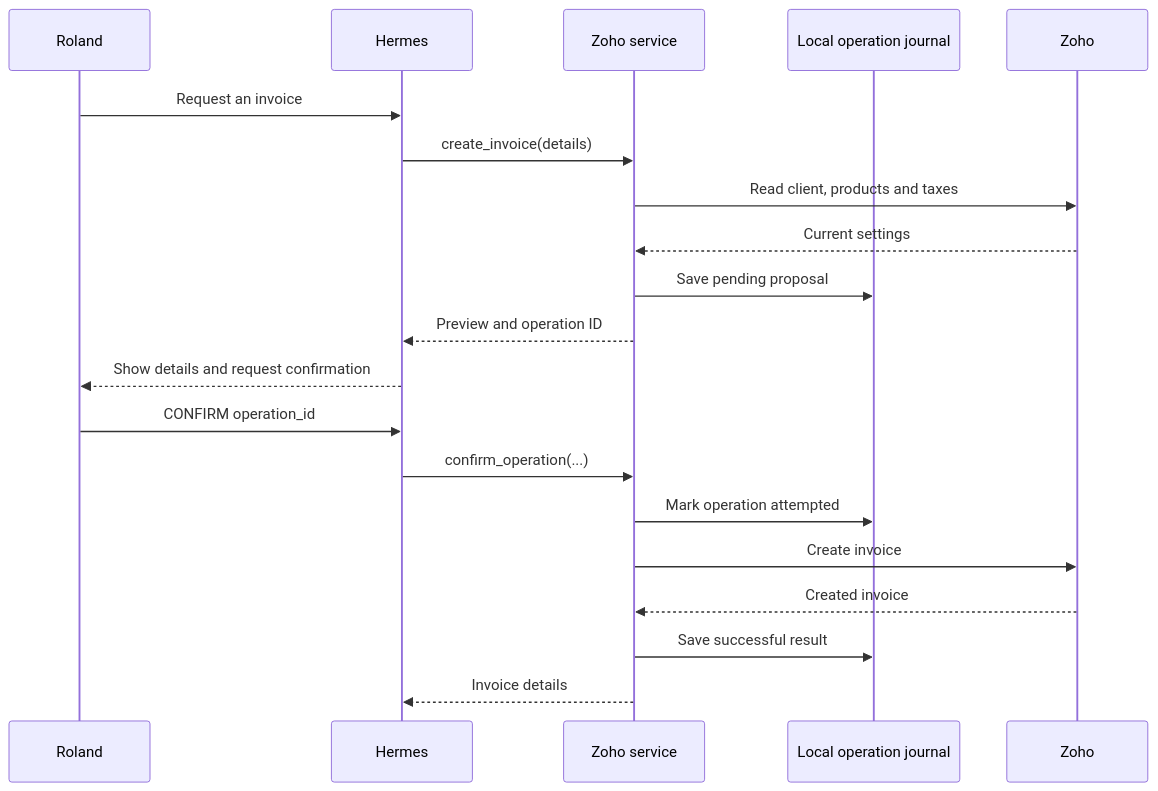
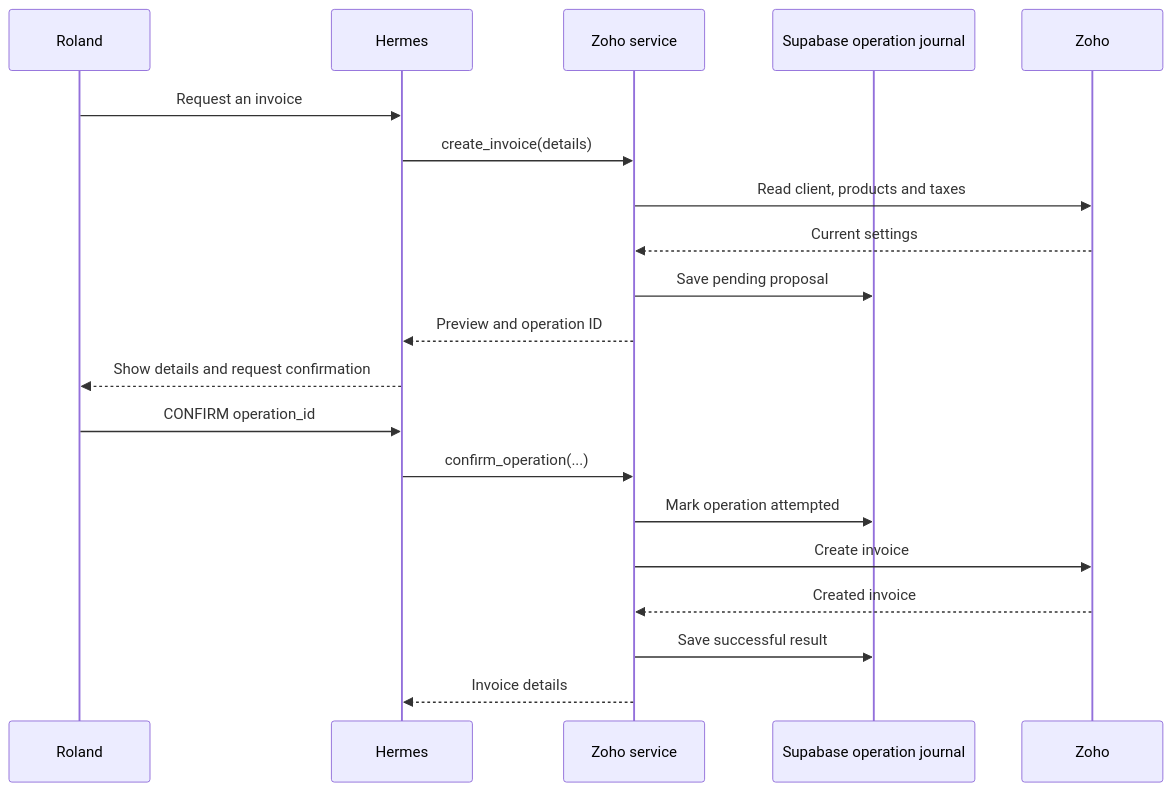
The fourth of 6 diagrams in docs/architecture/CODE_WALKTHROUGH.md (Rolo07/HustleAI), drawn with Mermaid before and after one commit. The commit also changed other lines of this file and 34 other files, not shown here.

````diff
--- a/docs/architecture/CODE_WALKTHROUGH.md
+++ b/docs/architecture/CODE_WALKTHROUGH.md
@@ -180,23 +182,23 @@
 ```mermaid
 sequenceDiagram
     participant You as Roland
     participant Hermes
     participant Service as Zoho service
-    participant Journal as Local operation journal
+    participant Journal as Supabase operation journal
     participant Zoho
 
     You->>Hermes: Request an invoice
     Hermes->>Service: create_invoice(details)
     Service->>Zoho: Read client, products and taxes
     Zoho-->>Service: Current settings
     Service->>Journal: Save pending proposal
     Service-->>Hermes: Preview and operation ID
     Hermes-->>You: Show details and request confirmation
     You->>Hermes: CONFIRM operation_id
     Hermes->>Service: confirm_operation(...)
     Service->>Journal: Mark operation attempted
     Service->>Zoho: Create invoice
     Zoho-->>Service: Created invoice
     Service->>Journal: Save successful result
     Service-->>Hermes: Invoice details
 ```
````
